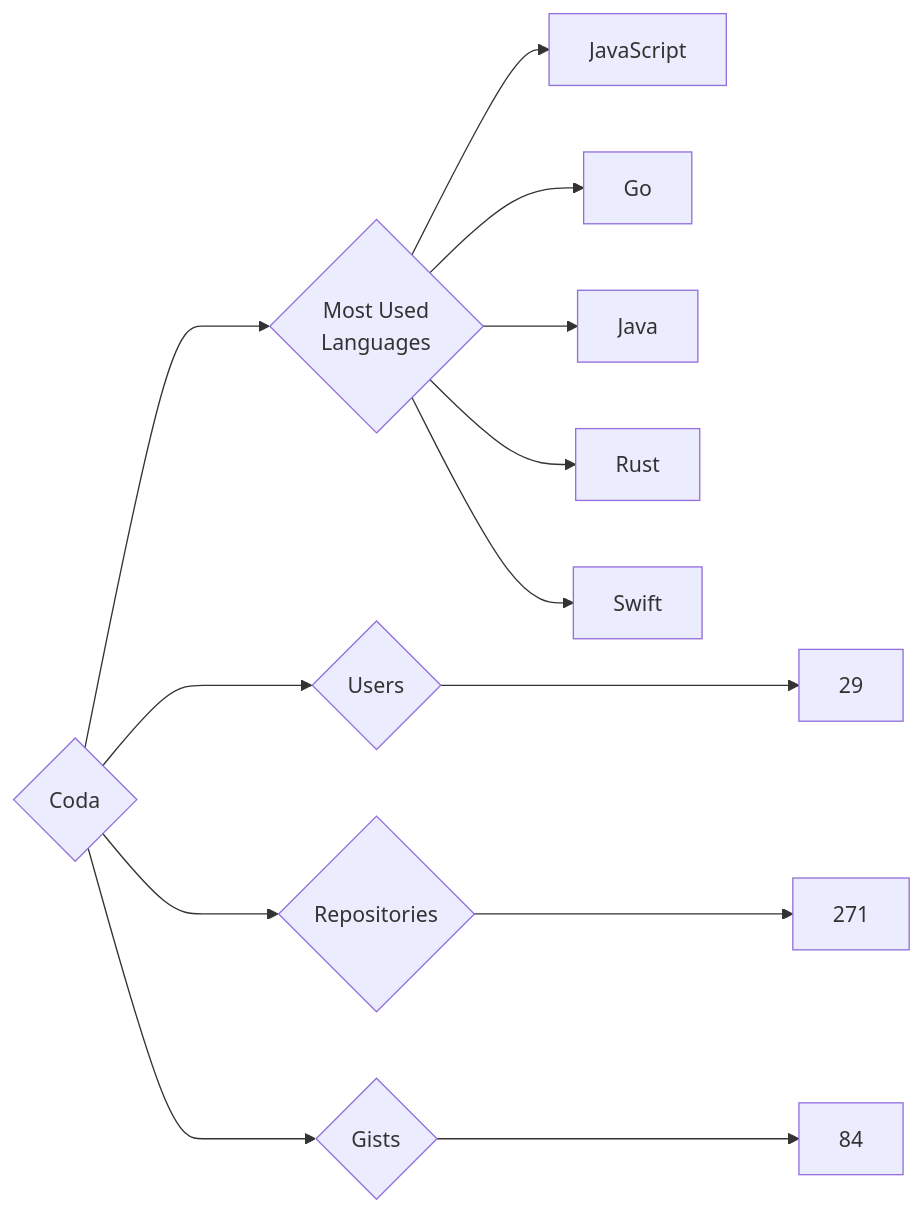
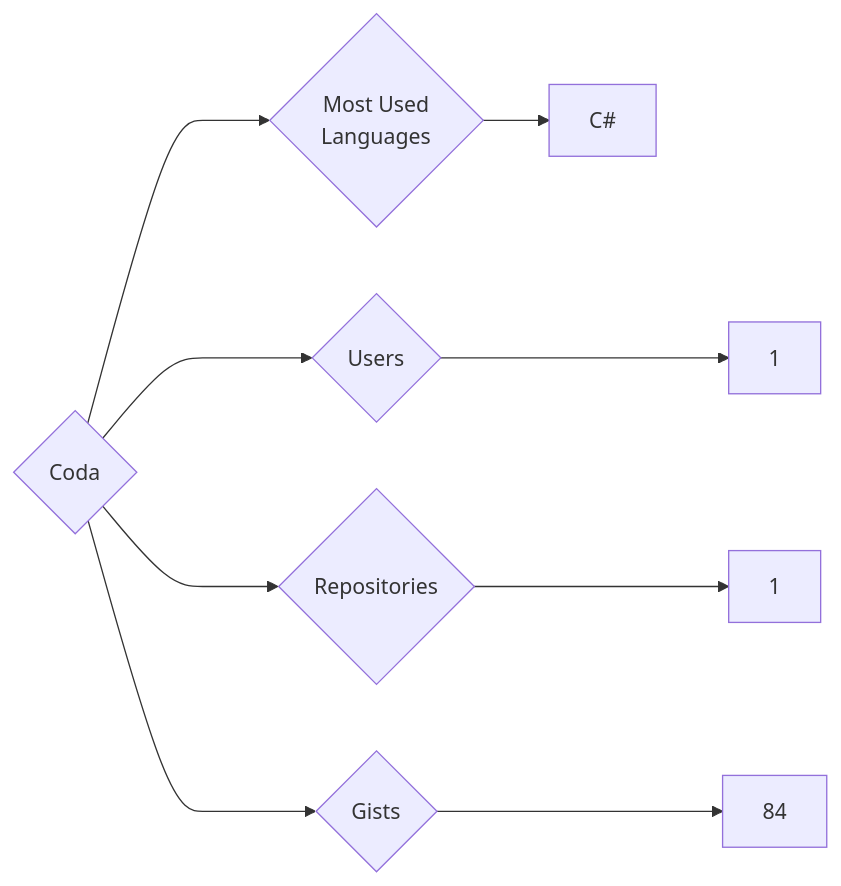
One commit to trickest/insiders changed the diagram in targets/Coda/README.md. Above: the diagram before and after it, drawn with Mermaid. The commit also changed 629 other files, not shown here.

````diff
--- a/targets/Coda/README.md
+++ b/targets/Coda/README.md
@@ -3,13 +3,9 @@
 ```mermaid
 graph LR
 COMPANY_NAME{Coda}
-COMPANY_NAME ---> U{Users} ---> UN[29]
-COMPANY_NAME ---> R{Repositories} ---> RN[271]
+COMPANY_NAME ---> U{Users} ---> UN[1]
+COMPANY_NAME ---> R{Repositories} ---> RN[1]
 COMPANY_NAME ---> G{Gists} ---> GN[84]
 COMPANY_NAME ---> ML{Most Used<br>Languages}
-ML --> JavaScript[JavaScript]
-ML --> Go[Go]
-ML --> Java[Java]
-ML --> Rust[Rust]
-ML --> Swift[Swift]
+ML --> C#[C#]
 ```
````
